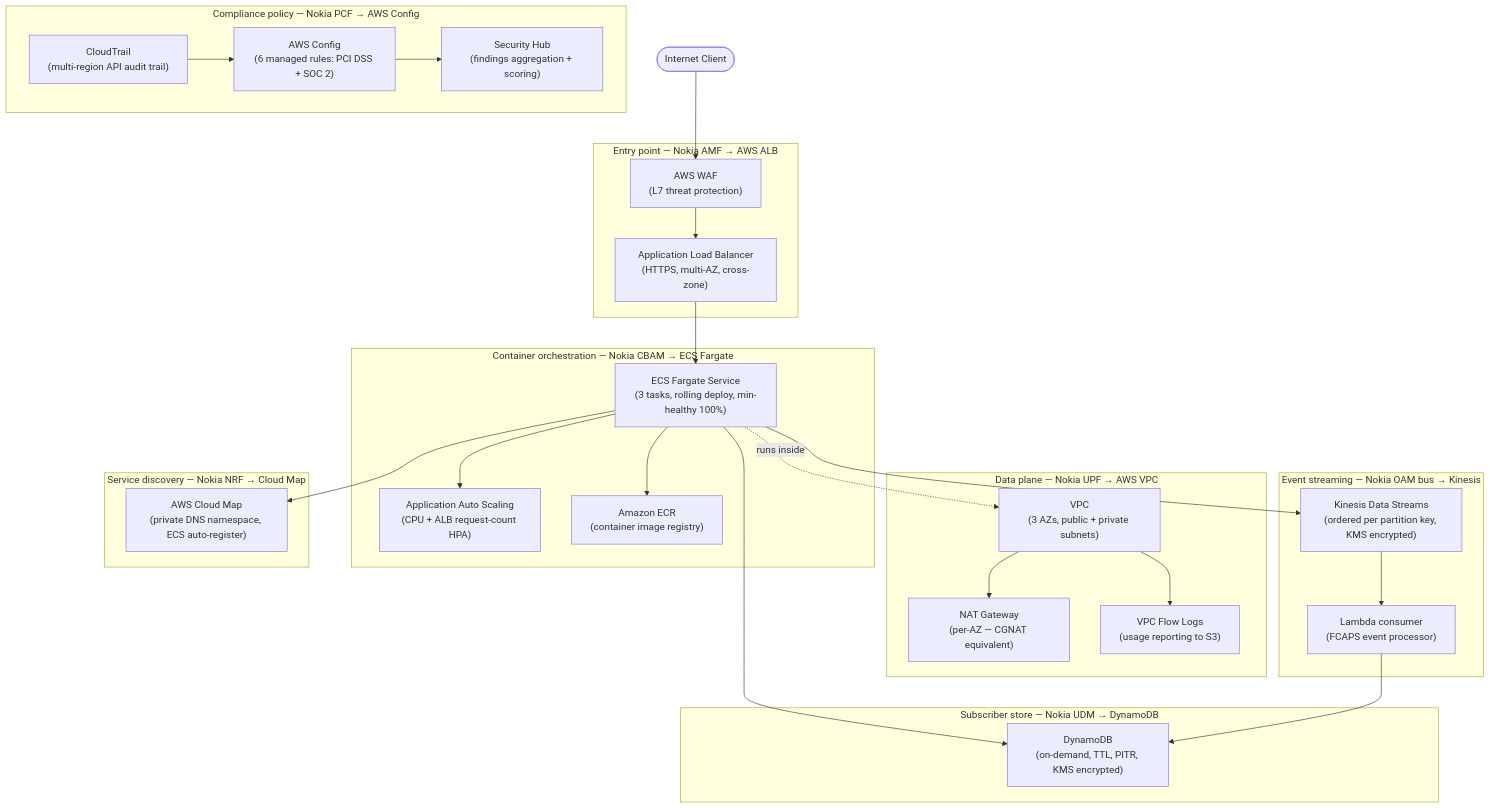
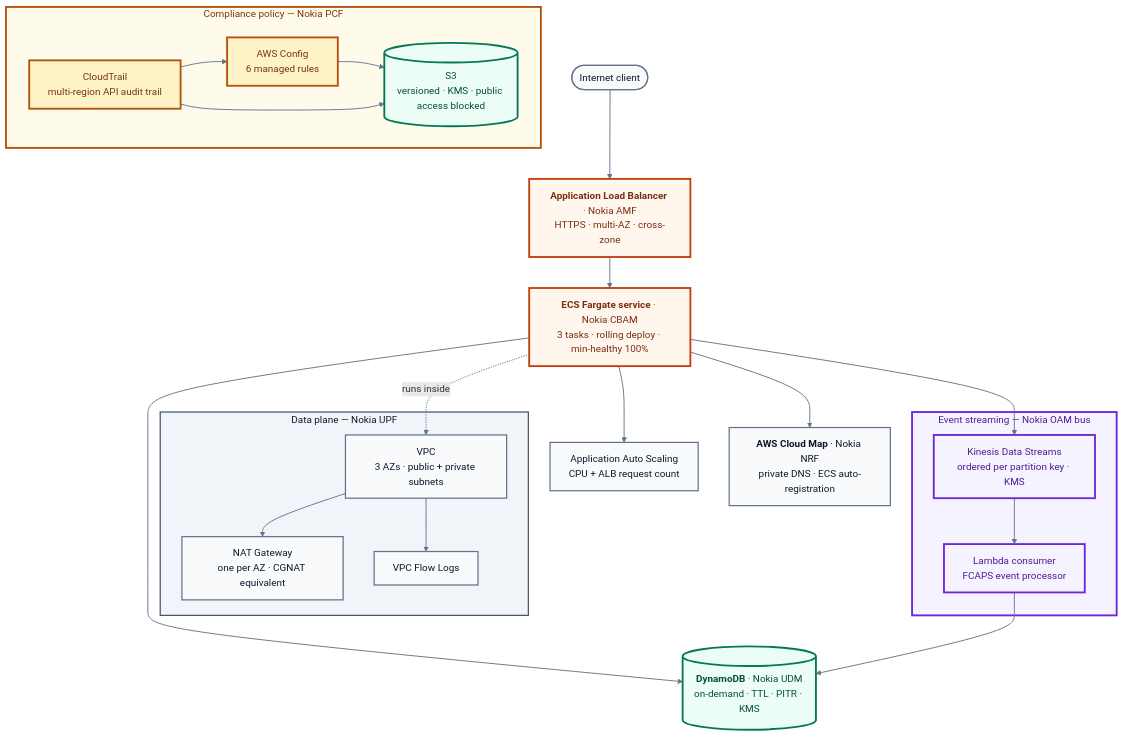
Before and after one commit to sadvi11/nokia-5g-to-aws-migration: the diagram in diagrams/architecture.mmd, drawn with Mermaid. The commit also changed 2 other files, not shown here.

Commit message:
docs: remove WAF, ECR and Security Hub - the Terraform does not create them
The architecture diagram, the module table and diagrams/ARCHITECTURE.md all
showed AWS WAF, Amazon ECR and Security Hub as deployed components. None of
them exist in terraform/: there is no aws_wafv2_* resource, no
aws_ecr_repository, and no aws_securityhub_* resource. The only 'ECR' strings
in the tree are the word inside 'secret_key', 'kms:Decrypt', and a comment
saying to replace the image later - container_image defaults to nginx:latest.

Checked and kept, because these were right: 3 AZs with per-AZ NAT
(count = length(var.availability_zones), default 3 zones), and exactly 6 AWS
Config managed rules.

The mapping table keeps WAF and API Gateway, because its column is 'AWS
Equivalent' and as a conceptual mapping that is accurate - but it now says so
in a note above the table, so it cannot be read as a deployment manifest.

Also redraws the diagram top-down: it was 2411x1300, which is unreadable on a
phone, and swaps \n for <br/> in labels since \n is not a reliable line break.

```diff
--- a/diagrams/architecture.mmd
+++ b/diagrams/architecture.mmd
@@ -1,53 +1,50 @@
-flowchart TB
-  Client(["Internet Client"])
+flowchart TD
+  Client(["Internet client"])
+  ALB["<b>Application Load Balancer</b> · Nokia AMF<br/>HTTPS · multi-AZ · cross-zone"]
+  ECS["<b>ECS Fargate service</b> · Nokia CBAM<br/>3 tasks · rolling deploy · min-healthy 100%"]
+  ASG["Application Auto Scaling<br/>CPU + ALB request count"]
+  CloudMap["<b>AWS Cloud Map</b> · Nokia NRF<br/>private DNS · ECS auto-registration"]
+  DDB[("<b>DynamoDB</b> · Nokia UDM<br/>on-demand · TTL · PITR · KMS")]
 
-  subgraph Entry ["Entry point — Nokia AMF → AWS ALB"]
-    ALB["Application Load Balancer<br/>(HTTPS, multi-AZ, cross-zone)"]
-    WAF["AWS WAF<br/>(L7 threat protection)"]
+  subgraph DataPlane["Data plane — Nokia UPF"]
+    VPC["VPC<br/>3 AZs · public + private subnets"]
+    NAT["NAT Gateway<br/>one per AZ · CGNAT equivalent"]
+    FlowLogs["VPC Flow Logs"]
   end
 
-  subgraph DataPlane ["Data plane — Nokia UPF → AWS VPC"]
-    VPC["VPC<br/>(3 AZs, public + private subnets)"]
-    NAT["NAT Gateway<br/>(per-AZ — CGNAT equivalent)"]
-    FlowLogs["VPC Flow Logs<br/>(usage reporting to S3)"]
+  subgraph EventBus["Event streaming — Nokia OAM bus"]
+    Kinesis["Kinesis Data Streams<br/>ordered per partition key · KMS"]
+    Lambda["Lambda consumer<br/>FCAPS event processor"]
   end
 
-  subgraph Orchestration ["Container orchestration — Nokia CBAM → ECS Fargate"]
-    ECS["ECS Fargate Service<br/>(3 tasks, rolling deploy, min-healthy 100%)"]
-    ASG["Application Auto Scaling<br/>(CPU + ALB request-count HPA)"]
-    ECR["Amazon ECR<br/>(container image registry)"]
+  subgraph Policy["Compliance policy — Nokia PCF"]
+    Config["AWS Config<br/>6 managed rules"]
+    CloudTrail["CloudTrail<br/>multi-region API audit trail"]
+    S3[("S3<br/>versioned · KMS · public access blocked")]
   end
 
-  subgraph EventBus ["Event streaming — Nokia OAM bus → Kinesis"]
-    Kinesis["Kinesis Data Streams<br/>(ordered per partition key, KMS encrypted)"]
-    Lambda["Lambda consumer<br/>(FCAPS event processor)"]
-  end
-
-  subgraph DataStore ["Subscriber store — Nokia UDM → DynamoDB"]
-    DDB["DynamoDB<br/>(on-demand, TTL, PITR, KMS encrypted)"]
-  end
-
-  subgraph Discovery ["Service discovery — Nokia NRF → Cloud Map"]
-    CloudMap["AWS Cloud Map<br/>(private DNS namespace, ECS auto-register)"]
-  end
-
-  subgraph Policy ["Compliance policy — Nokia PCF → AWS Config"]
-    Config["AWS Config<br/>(6 managed rules: PCI DSS + SOC 2)"]
-    CloudTrail["CloudTrail<br/>(multi-region API audit trail)"]
-    SecHub["Security Hub<br/>(findings aggregation + scoring)"]
-  end
-
-  Client --> WAF --> ALB
-  ALB --> ECS
-  ECS --> ECR
+  Client --> ALB --> ECS
   ECS --> ASG
   ECS --> DDB
-  ECS --> Kinesis
   ECS --> CloudMap
-  Kinesis --> Lambda
-  Lambda --> DDB
+  ECS --> Kinesis --> Lambda --> DDB
   VPC --> NAT
   VPC --> FlowLogs
   ECS -.->|"runs inside"| VPC
-  Config --> SecHub
   CloudTrail --> Config
+  Config --> S3
+  CloudTrail --> S3
+
+    linkStyle default stroke:#64748b,stroke-width:1.5px
+    classDef default fill:#f8fafc,stroke:#64748b,stroke-width:2px,color:#0f172a
+    classDef aws   fill:#fff7ed,stroke:#c2410c,stroke-width:3px,color:#7c2d12
+    classDef ci    fill:#f5f3ff,stroke:#6d28d9,stroke-width:3px,color:#4c1d95
+    classDef data  fill:#ecfdf5,stroke:#047857,stroke-width:3px,color:#064e3b
+    classDef warn  fill:#fef3c7,stroke:#b45309,stroke-width:3px,color:#78350f
+    class ALB,ECS aws
+    class DDB,S3 data
+    class Kinesis,Lambda ci
+    class Config,CloudTrail warn
+    style DataPlane fill:#f1f5f9,stroke:#475569,stroke-width:2px,color:#0f172a
+    style EventBus fill:#f5f3ff,stroke:#6d28d9,stroke-width:3px,color:#4c1d95
+    style Policy fill:#fffbeb,stroke:#b45309,stroke-width:3px,color:#78350f
```
